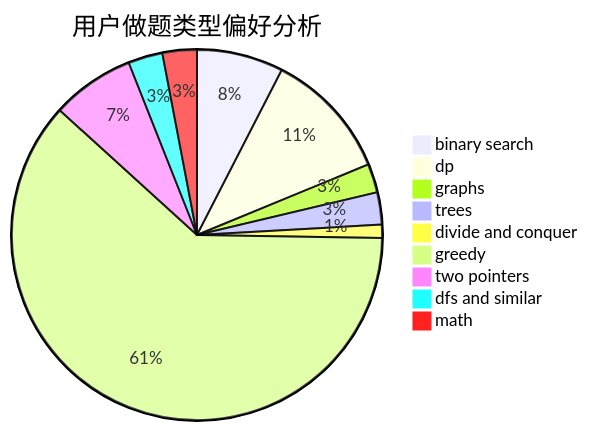
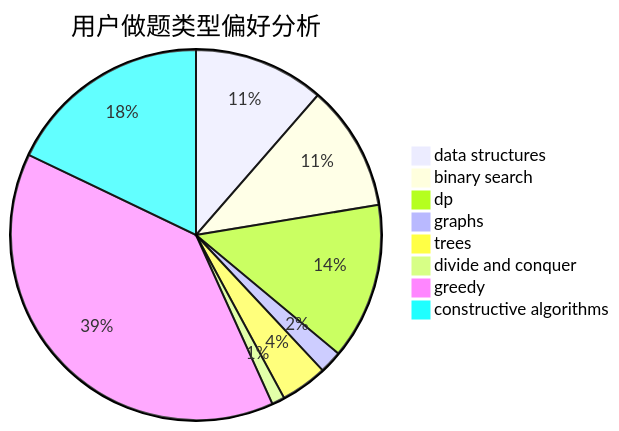
Before and after one commit to sherpahu/cfrs.github.io: the second of 3 diagrams in docs/user/u2244.md, drawn with Mermaid. The commit also changed other lines of this file and 2775 other files, not shown here.

````diff
--- a/docs/user/u2244.md
+++ b/docs/user/u2244.md
@@ -23,12 +23,11 @@
 ```mermaid
 pie title 用户做题类型偏好分析
+    "data structures" :  81
     "binary search" :  78
-    "dp" :  116
-    "graphs" :  26
+    "dp" :  97
+    "graphs" :  14
     "trees" :  29
-    "divide and conquer" :  12
-    "greedy" :  635
-    "two pointers" :  75
-    "dfs and similar" :  31
-    "math" :  31
+    "divide and conquer" :  8
+    "greedy" :  276
+    "constructive algorithms" :  127
 ```
````
